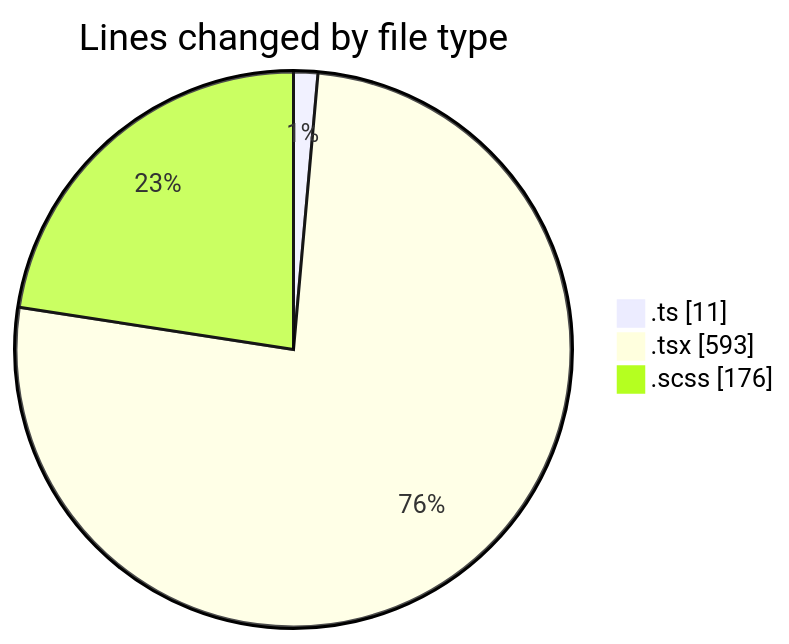
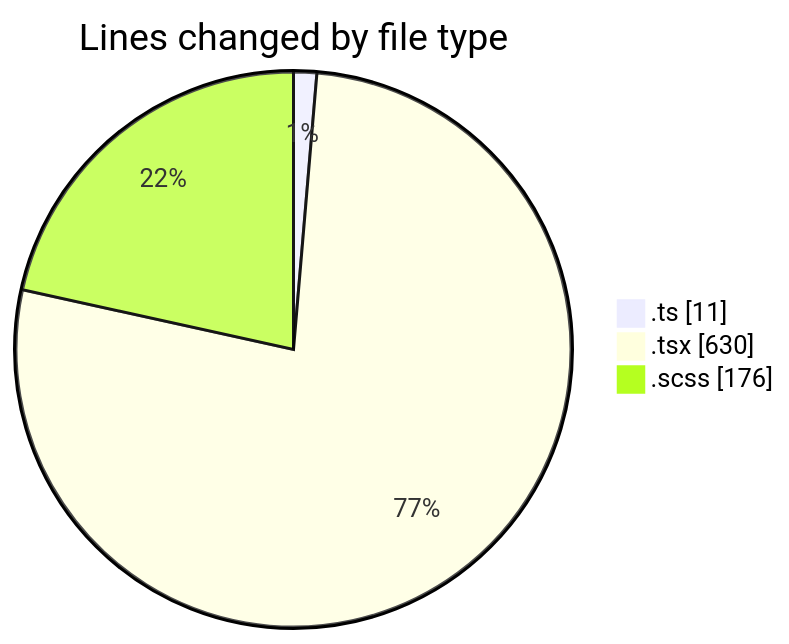
Before and after one commit to momahboobian/code-tracking: the first of 2 diagrams in 2025-03-21/cda/README.md, drawn with Mermaid. The commit also changed other lines of this file and 1 other file, not shown here.

````diff
--- a/2025-03-21/cda/README.md
+++ b/2025-03-21/cda/README.md
@@ -25,7 +25,7 @@
 ```mermaid
 pie showData
 title Lines changed by file type
 ".ts" : 11
-".tsx" : 593
+".tsx" : 630
 ".scss" : 176
 ```
````
